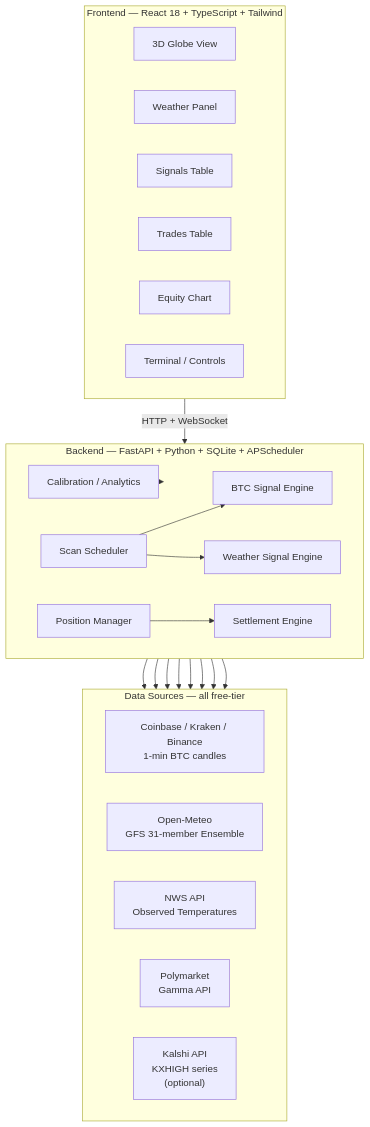
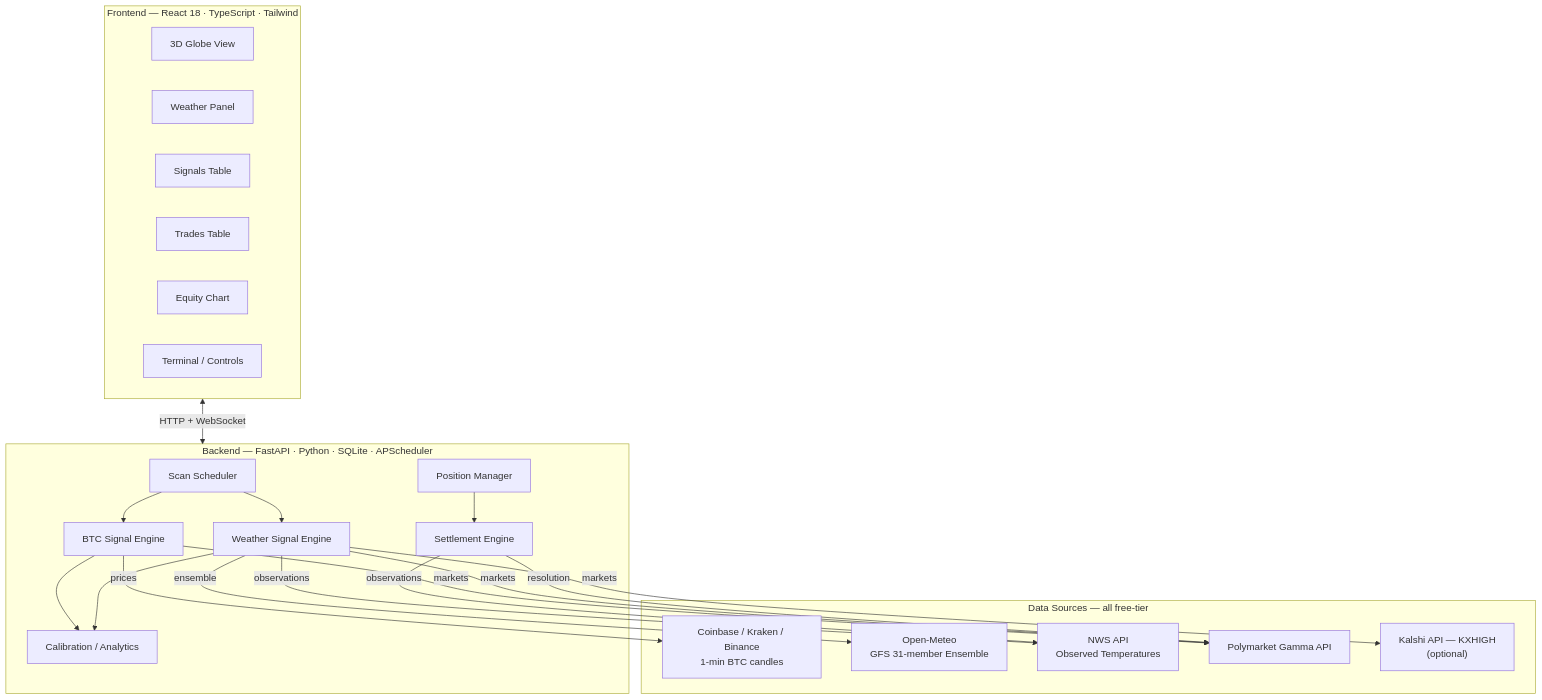
The diagram in README.md (anuragak021/polymarket_weather_trading_bot), drawn with Mermaid before and after one commit.

Commit message:
docs: fix Mermaid architecture diagram layout

````diff
--- a/README.md
+++ b/README.md
@@ -32,45 +32,45 @@
 ```mermaid
-flowchart TB
-    subgraph FE["Frontend — React 18 + TypeScript + Tailwind"]
-        direction LR
+flowchart TD
+    subgraph FE["Frontend — React 18 · TypeScript · Tailwind"]
         Globe["3D Globe View"]
-        Weather["Weather Panel"]
-        Signals["Signals Table"]
-        Trades["Trades Table"]
-        Equity["Equity Chart"]
-        Terminal["Terminal / Controls"]
+        WeatherP["Weather Panel"]
+        SigTable["Signals Table"]
+        TradeTable["Trades Table"]
+        EqChart["Equity Chart"]
+        Term["Terminal / Controls"]
     end
 
-    subgraph BE["Backend — FastAPI + Python + SQLite + APScheduler"]
-        direction LR
+    subgraph BE["Backend — FastAPI · Python · SQLite · APScheduler"]
+        Sched["Scan Scheduler"]
         BTCSig["BTC Signal Engine"]
-        WeatherSig["Weather Signal Engine"]
-        Scheduler["Scan Scheduler"]
-        Settlement["Settlement Engine"]
+        WSig["Weather Signal Engine"]
+        Settle["Settlement Engine"]
         PosMgr["Position Manager"]
-        Analytics["Calibration / Analytics"]
+        Cal["Calibration / Analytics"]
+
+        Sched --> BTCSig
+        Sched --> WSig
+        PosMgr --> Settle
+        BTCSig --> Cal
+        WSig --> Cal
     end
 
     subgraph DS["Data Sources — all free-tier"]
-        direction LR
-        Crypto["Coinbase / Kraken / Binance\n1-min BTC candles"]
+        Coinbase["Coinbase / Kraken / Binance\n1-min BTC candles"]
         OpenMeteo["Open-Meteo\nGFS 31-member Ensemble"]
         NWS["NWS API\nObserved Temperatures"]
-        PM["Polymarket\nGamma API"]
-        Kalshi["Kalshi API\nKXHIGH series\n(optional)"]
+        PM["Polymarket Gamma API"]
+        Kalshi["Kalshi API — KXHIGH\n(optional)"]
     end
 
-    FE -->|"HTTP + WebSocket"| BE
-    Scheduler --> BTCSig
-    Scheduler --> WeatherSig
-    BTCSig --> Crypto
-    WeatherSig --> OpenMeteo
-    WeatherSig --> NWS
-    WeatherSig --> PM
-    WeatherSig --> Kalshi
-    BTCSig --> PM
-    Settlement --> PM
-    Settlement --> NWS
-    PosMgr --> Settlement
-    Analytics --> BE
+    FE <-->|"HTTP + WebSocket"| BE
+
+    BTCSig -->|prices| Coinbase
+    BTCSig -->|markets| PM
+    WSig -->|ensemble| OpenMeteo
+    WSig -->|observations| NWS
+    WSig -->|markets| PM
+    WSig -->|markets| Kalshi
+    Settle -->|resolution| PM
+    Settle -->|observations| NWS
 ```
````
